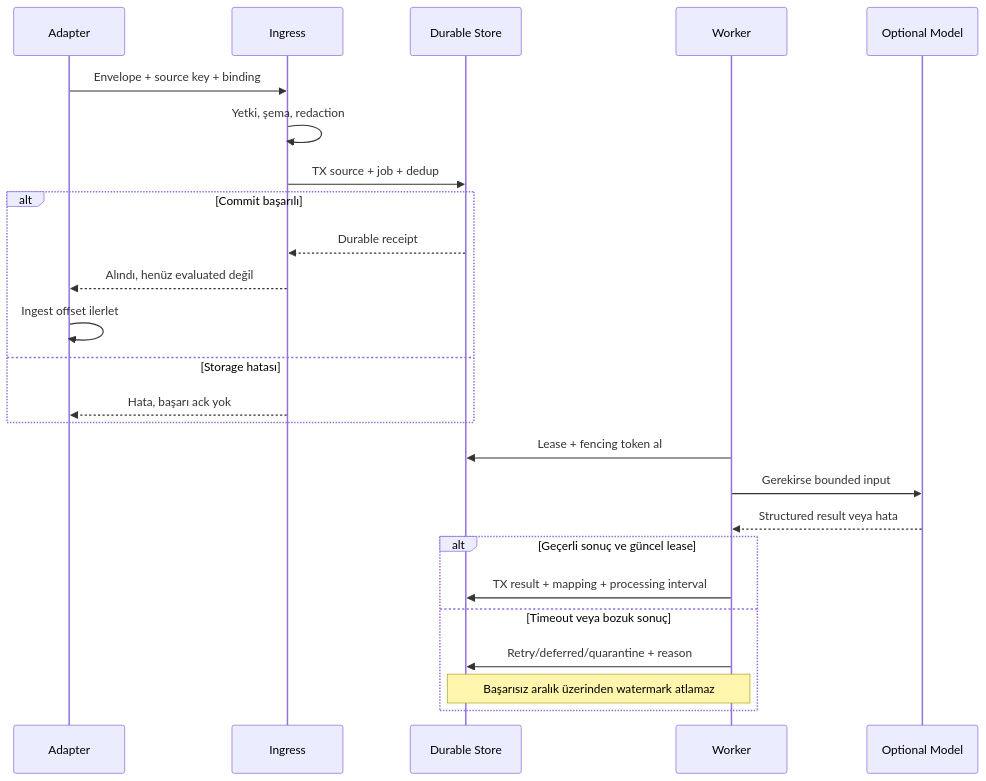
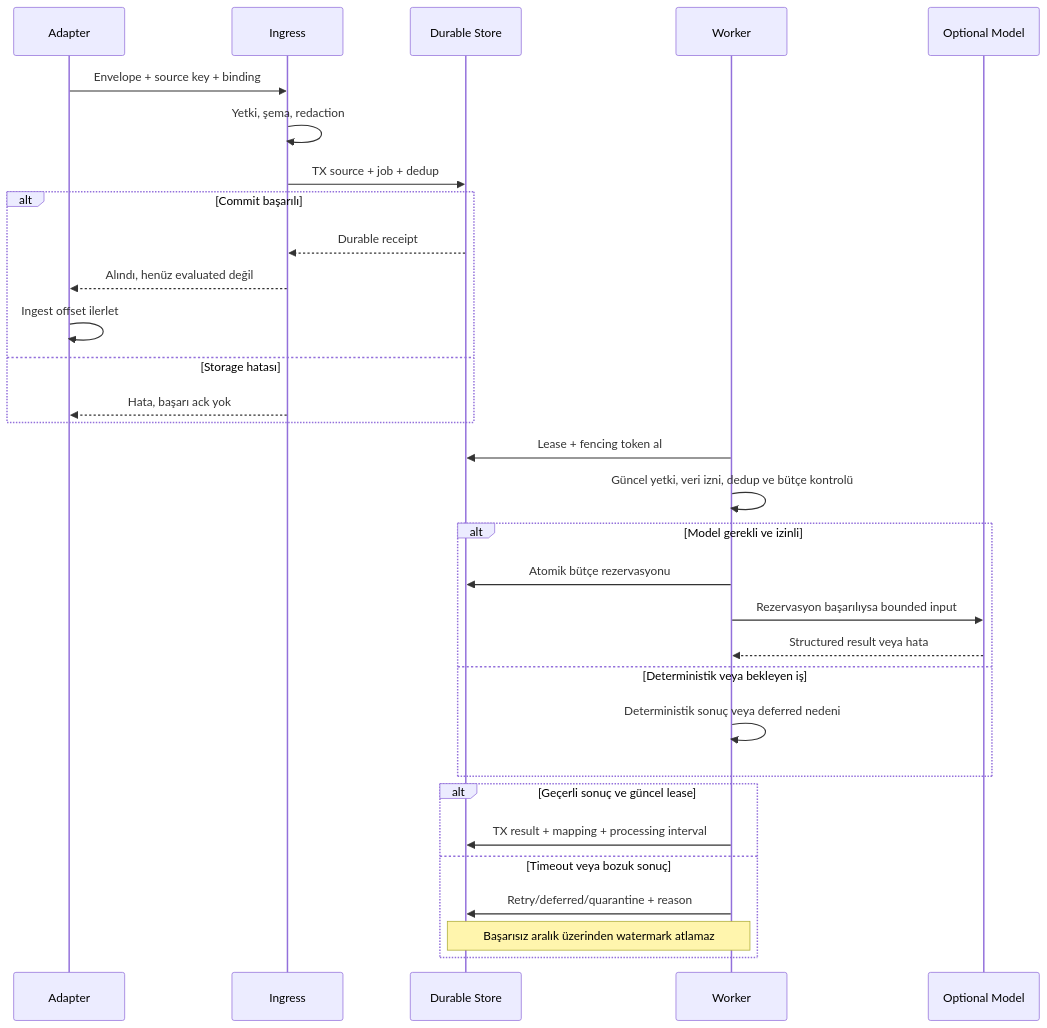
The fourth of 13 diagrams in docs/architecture/diagrams.md (alphanAkbulut/decivora), drawn with Mermaid before and after one commit. The commit also changed other lines of this file and 15 other files, not shown here.

Commit message:
docs: align diagrams and define administration and operations

````diff
--- a/docs/architecture/diagrams.md
+++ b/docs/architecture/diagrams.md
@@ -125,27 +130,33 @@
 ```mermaid
 sequenceDiagram
     participant A as Adapter
     participant I as Ingress
     participant D as Durable Store
     participant W as Worker
     participant M as Optional Model
     A->>I: Envelope + source key + binding
     I->>I: Yetki, şema, redaction
     I->>D: TX source + job + dedup
     alt Commit başarılı
         D-->>I: Durable receipt
         I-->>A: Alındı, henüz evaluated değil
         A->>A: Ingest offset ilerlet
     else Storage hatası
         I-->>A: Hata, başarı ack yok
     end
     W->>D: Lease + fencing token al
-    W->>M: Gerekirse bounded input
-    M-->>W: Structured result veya hata
+    W->>W: Güncel yetki, veri izni, dedup ve bütçe kontrolü
+    alt Model gerekli ve izinli
+        W->>D: Atomik bütçe rezervasyonu
+        W->>M: Rezervasyon başarılıysa bounded input
+        M-->>W: Structured result veya hata
+    else Deterministik veya bekleyen iş
+        W->>W: Deterministik sonuç veya deferred nedeni
+    end
     alt Geçerli sonuç ve güncel lease
         W->>D: TX result + mapping + processing interval
     else Timeout veya bozuk sonuç
         W->>D: Retry/deferred/quarantine + reason
         Note over W,D: Başarısız aralık üzerinden watermark atlamaz
     end
 ```
````
